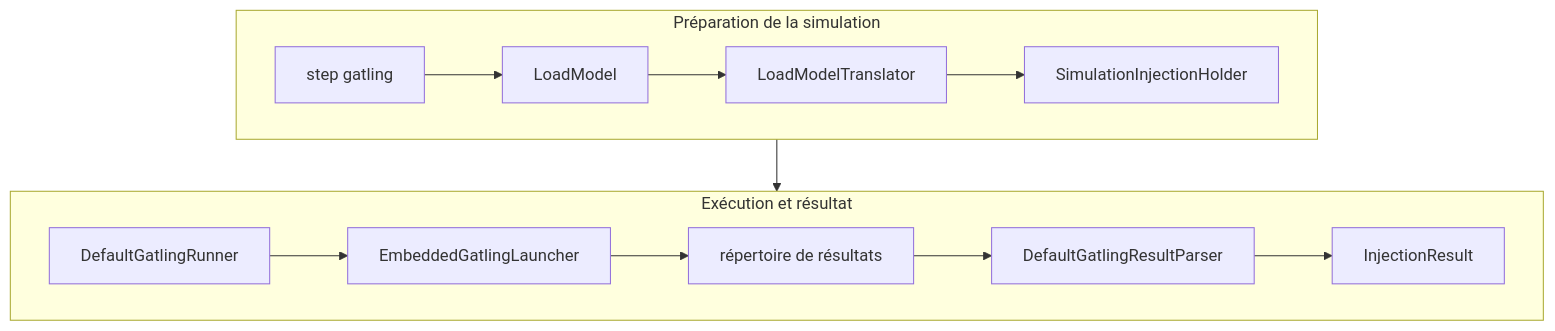
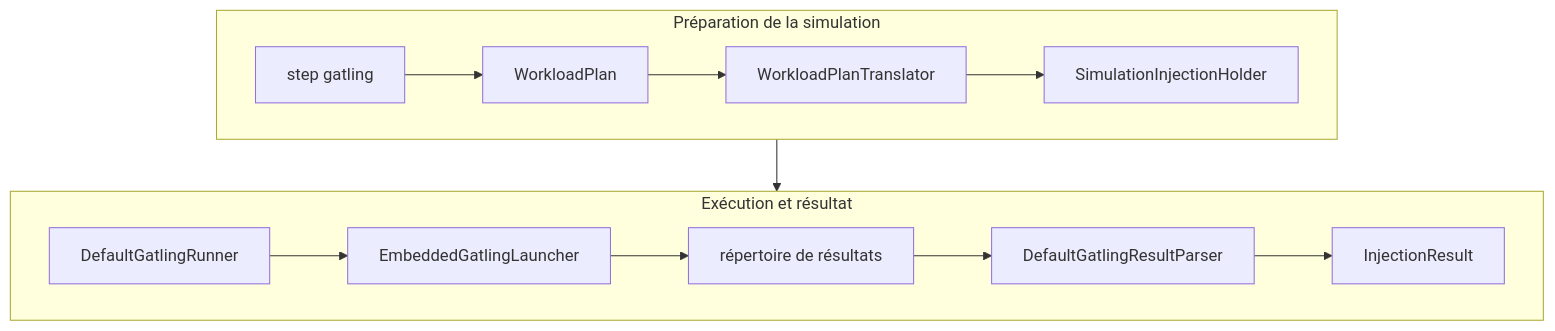
One commit to DIFRIN/performance-platform changed the diagram in docs/knowledge/specs/06-injection-gatling.md. Above: the diagram before and after it, drawn with Mermaid. The commit also changed other lines of this file and 24 other files, not shown here.

````diff
--- a/docs/knowledge/specs/06-injection-gatling.md
+++ b/docs/knowledge/specs/06-injection-gatling.md
@@ -98,17 +142,17 @@
 ```mermaid
 flowchart TB
     subgraph PREP["Préparation de la simulation"]
         direction LR
-        STEP["step gatling"] --> LM["LoadModel"]
-        LM --> TR["LoadModelTranslator"]
+        STEP["step gatling"] --> LM["WorkloadPlan"]
+        LM --> TR["WorkloadPlanTranslator"]
         TR --> HOLDER["SimulationInjectionHolder"]
     end
     subgraph EXEC["Exécution et résultat"]
         direction LR
         HOLDER --> RUN["DefaultGatlingRunner"]
         RUN --> GAT["EmbeddedGatlingLauncher"]
         GAT --> DIR["répertoire de résultats"]
         DIR --> PARSE["DefaultGatlingResultParser"]
         PARSE --> IR["InjectionResult"]
     end
 ```
````
